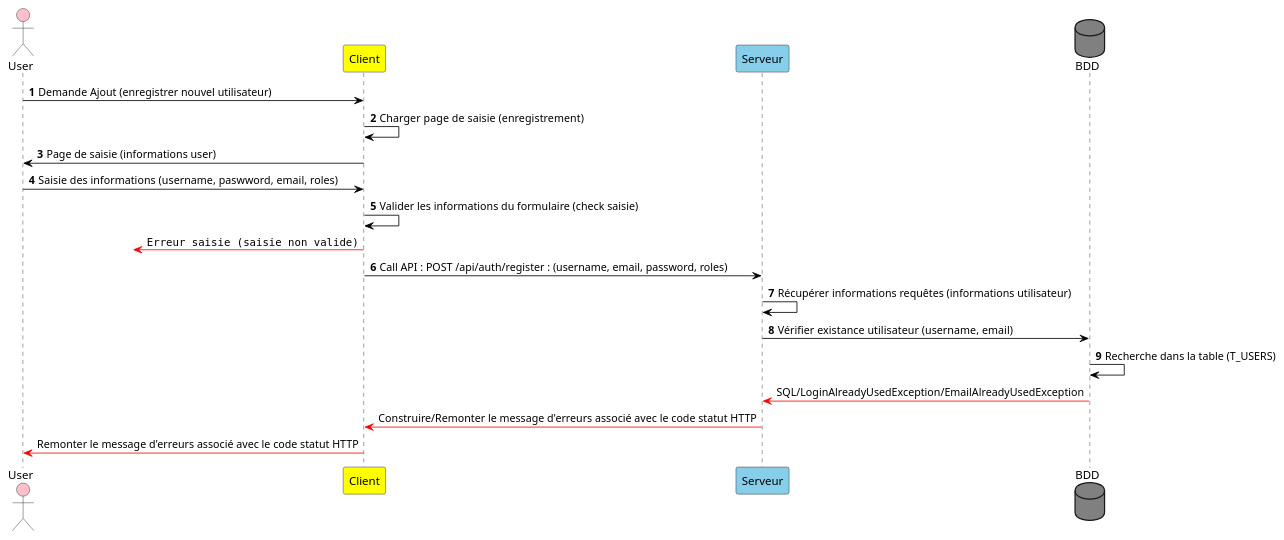
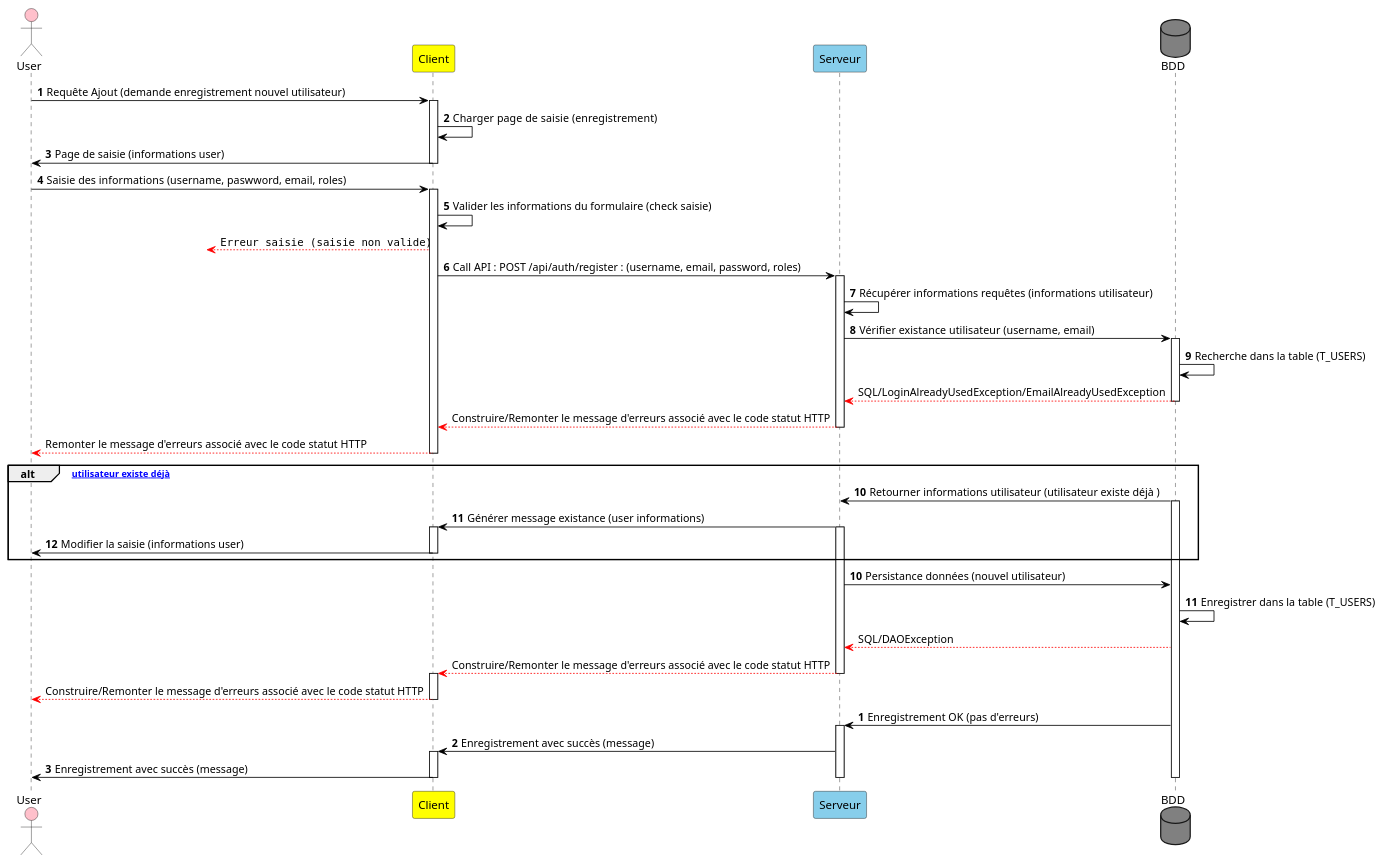
One commit to Corey-Peyton/jwt-auth-web-api-sandbox changed the first of 2 diagrams in README.md. Above: the diagram before and after it, drawn with PlantUML. The commit also changed other lines of this file and 1 other file, not shown here.

Commit message:
PlantUML use case : ajouter nouvel utilisateur

````diff
--- a/README.md
+++ b/README.md
@@ -104,39 +102,80 @@
 ```plantuml
 @startuml
-' Déclaration des participants
+' Déclaration des participants (acteurs)
 actor User #Pink
-participant Client  #Yellow
+participant Client #Yellow
 participant Serveur #SkyBlue
 database BDD #Gray
 
-' Déclaration des enchainements de séquences de traitements
+' Déclaration des enchainements des séquences des traitements
 autonumber
-User -[#black]> Client  : Demande Ajout (enregistrer nouvel utilisateur)
+User -[#black]> Client++  : Requête Ajout (demande enregistrement nouvel utilisateur)
 Client -[#black]> Client : Charger page de saisie  (enregistrement)
 Client -[#black]> User : Page de saisie (informations user)
+deactivate Client
 User -[#black]> Client : Saisie des informations  (username, paswword, email, roles)
+activate Client
 Client -[#black]> Client : Valider les informations du formulaire (check saisie)
 autonumber stop
 ' Client  -[#red]> User  : Erreur saisie (saisie non valide)
 
 ' Outgoing 
 ' Outgoing version courte bidirectionnelle
 '?<-[#red]> Client : ""Erreur saisie (saisie non valide)""
 ' Outgoing version courte unidirectionnelle
-?<[#red]- Client  : ""Erreur saisie (saisie non valide)""
+?<[#red]-- Client  : ""Erreur saisie (saisie non valide)""
 ' Outgoing version longue
 '[<[#red]- Client : ""[Erreur saisie (saisie non valide)""
 
 autonumber 6
 Client -[#black]> Serveur : Call API : POST /api/auth/register : (username, email, password, roles)
+activate Serveur
 Serveur -[#black]> Serveur : Récupérer informations requêtes (informations utilisateur)
 Serveur -[#black]> BDD : Vérifier existance utilisateur (username,  email)
+activate BDD 
 BDD -[#black]> BDD : Recherche dans la table (T_USERS)
 autonumber stop
 
+BDD --[#red]> Serveur : SQL/LoginAlreadyUsedException/EmailAlreadyUsedException
+deactivate BDD
+Serveur --[#red]> Client : Construire/Remonter le message d'erreurs associé avec le code statut HTTP
+deactivate Serveur
+Client --[#red]> User : Remonter le message d'erreurs associé avec le code statut HTTP
+deactivate Client
 
-BDD -[#red]> Serveur : SQL/LoginAlreadyUsedException/EmailAlreadyUsedException
-Serveur -[#red]> Client : Construire/Remonter le message d'erreurs associé avec le code statut HTTP
-Client -[#red]> User : Remonter le message d'erreurs associé avec le code statut HTTP
+' Traitement alternatif lorsque l'utilisateur existe déjà en base de données
+alt [Si utilisateur existe déjà]
+autonumber 10
+BDD -[#black]> Serveur : Retourner informations utilisateur (utilisateur existe déjà )
+activate BDD
+Serveur -[#black]> Client : Générer message existance (user informations)
+activate Serveur
+activate Client
+Client -[#black]> User : Modifier la saisie (informations user)
+deactivate Client
+autonumber stop
+end
+
+' Traitements pour la persistance des informations de l'utilisateur dans la base de données et gestion des exceptions
+autonumber 10
+Serveur -[#black]> BDD : Persistance données (nouvel utilisateur)
+BDD -[#black]> BDD : Enregistrer dans la table (T_USERS)
+autonumber stop
+BDD --[#red]> Serveur : SQL/DAOException
+Serveur --[#red]> Client : Construire/Remonter le message d'erreurs associé avec le code statut HTTP
+deactivate Serveur
+activate Client 
+Client --[#red]> User : Construire/Remonter le message d'erreurs associé avec le code statut HTTP
+deactivate Client
+
+autonumber
+BDD -[#black]> Serveur : Enregistrement OK (pas d'erreurs)
+activate Serveur
+Serveur -[#black]> Client : Enregistrement avec succès (message)
+activate Client 
+Client -[#black]> User : Enregistrement avec succès (message)
+deactivate Serveur
+deactivate Client
+deactivate BDD
 @enduml
 ``` 
````
